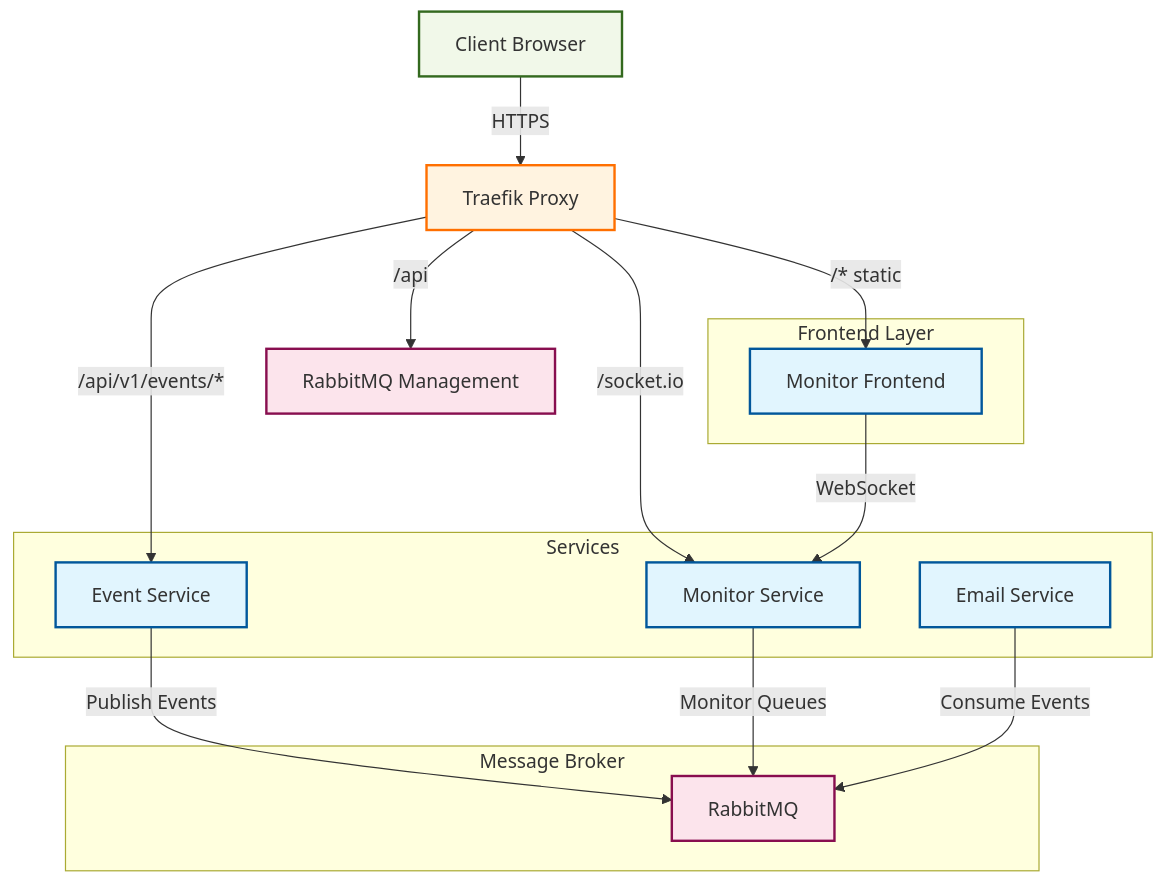
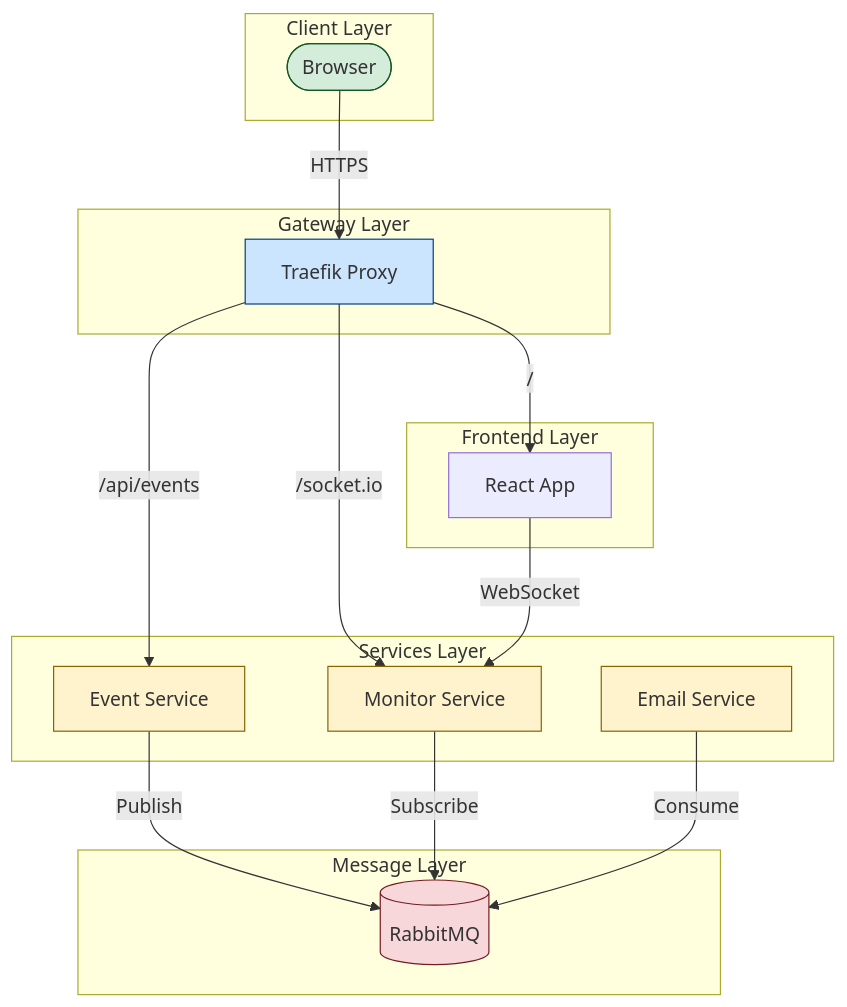
One commit to h0rck/event-driven changed the diagram in README.md. Above: the diagram before and after it, drawn with Mermaid.

Commit message:
refactor: update architecture diagram in README.md for clarity and consistency

````diff
--- a/README.md
+++ b/README.md
@@ -7,37 +7,45 @@
 ```mermaid
-graph TD
-    Client[Client Browser] --> |HTTPS| Traefik[Traefik Proxy]
-    
-    Traefik --> |/api/v1/events/*| EventService[Event Service]
-    Traefik --> |/socket.io| MonitorService[Monitor Service]
-    Traefik --> |/* static| Frontend[Monitor Frontend]
-    Traefik --> |/api| RabbitMQMgmt[RabbitMQ Management]
-    
-    EventService --> |Publish Events| RabbitMQ[RabbitMQ]
-    MonitorService --> |Monitor Queues| RabbitMQ
-    EmailService[Email Service] --> |Consume Events| RabbitMQ
-    
-    subgraph Services
-        EventService
-        MonitorService
-        EmailService
-    end
-    
-    subgraph Message Broker
-        RabbitMQ
-    end
-    
-    subgraph Frontend Layer
-        Frontend --> |WebSocket| MonitorService
+flowchart TB
+    subgraph Client Layer
+        Browser([Browser])
     end
 
-    classDef container fill:#e1f5fe,stroke:#01579b,stroke-width:2px;
-    classDef proxy fill:#fff3e0,stroke:#ff6f00,stroke-width:2px;
-    classDef client fill:#f1f8e9,stroke:#33691e,stroke-width:2px;
-    classDef broker fill:#fce4ec,stroke:#880e4f,stroke-width:2px;
+    subgraph Gateway Layer
+        Traefik[Traefik Proxy]
+    end
+
+    subgraph Frontend Layer
+        Frontend[React App]
+    end
+
+    subgraph Services Layer
+        EventService[Event Service]
+        MonitorService[Monitor Service]
+        EmailService[Email Service]
+    end
+
+    subgraph Message Layer
+        RabbitMQ[(RabbitMQ)]
+    end
+
+    %% Connections
+    Browser --> |HTTPS| Traefik
+    Traefik --> |/| Frontend
+    Traefik --> |/api/events| EventService
+    Traefik --> |/socket.io| MonitorService
+    Frontend --> |WebSocket| MonitorService
+    EventService --> |Publish| RabbitMQ
+    MonitorService --> |Subscribe| RabbitMQ
+    EmailService --> |Consume| RabbitMQ
+
+    %% Styling
+    classDef client fill:#d4edda,stroke:#155724
+    classDef gateway fill:#cce5ff,stroke:#004085
+    classDef service fill:#fff3cd,stroke:#856404
+    classDef broker fill:#f8d7da,stroke:#721c24
     
-    class Client client;
-    class Traefik proxy;
-    class RabbitMQ,RabbitMQMgmt broker;
-    class EventService,MonitorService,EmailService,Frontend container;
+    class Browser client
+    class Traefik gateway
+    class EventService,MonitorService,EmailService service
+    class RabbitMQ broker
 ```
````
